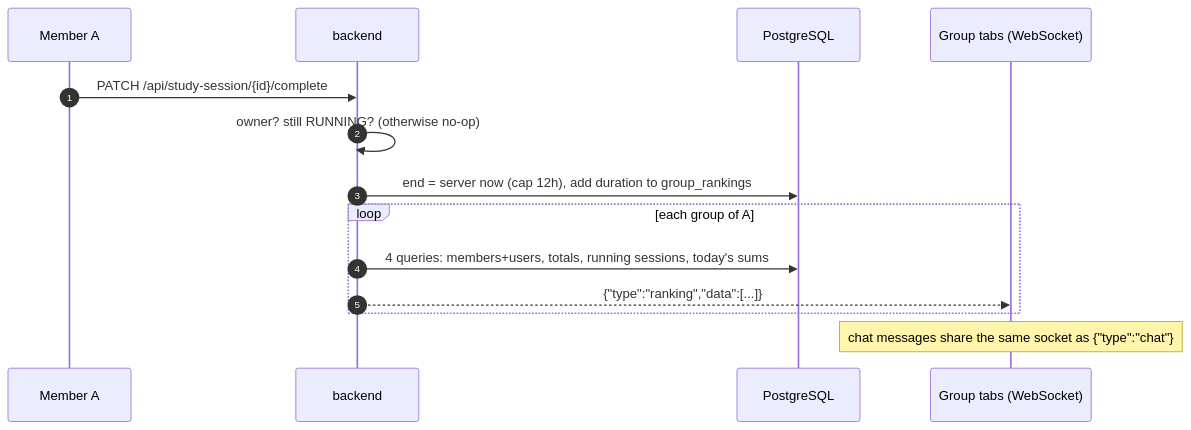
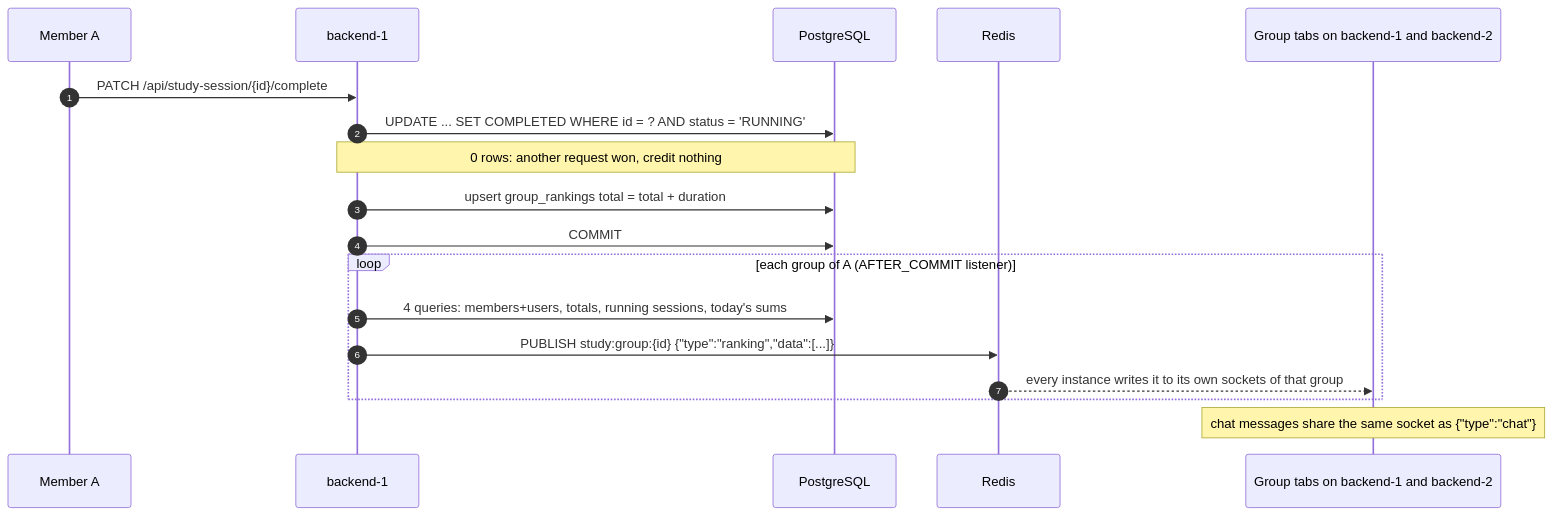
The second of 2 diagrams in README.md (Phongasfd/study-app), drawn with Mermaid before and after one commit. The commit also changed other lines of this file and 37 other files, not shown here.

Commit message:
feat: add multi-instance scaling, redis rate limiting, and CI/CD deployment workflow

````diff
--- a/README.md
+++ b/README.md
@@ -66,16 +76,20 @@
 ```mermaid
 sequenceDiagram
     autonumber
     participant A as Member A
-    participant API as backend
+    participant API as backend-1
     participant DB as PostgreSQL
-    participant G as Group tabs (WebSocket)
+    participant R as Redis
+    participant G as Group tabs on backend-1 and backend-2
     A->>API: PATCH /api/study-session/{id}/complete
-    API->>API: owner? still RUNNING? (otherwise no-op)
-    API->>DB: end = server now (cap 12h), add duration to group_rankings
-    loop each group of A
+    API->>DB: UPDATE ... SET COMPLETED WHERE id = ? AND status = 'RUNNING'
+    Note over API,DB: 0 rows: another request won, credit nothing
+    API->>DB: upsert group_rankings total = total + duration
+    API->>DB: COMMIT
+    loop each group of A (AFTER_COMMIT listener)
         API->>DB: 4 queries: members+users, totals, running sessions, today's sums
-        API-->>G: {"type":"ranking","data":[...]}
+        API->>R: PUBLISH study:group:{id} {"type":"ranking","data":[...]}
+        R-->>G: every instance writes it to its own sockets of that group
     end
     Note over G: chat messages share the same socket as {"type":"chat"}
 ```
````
